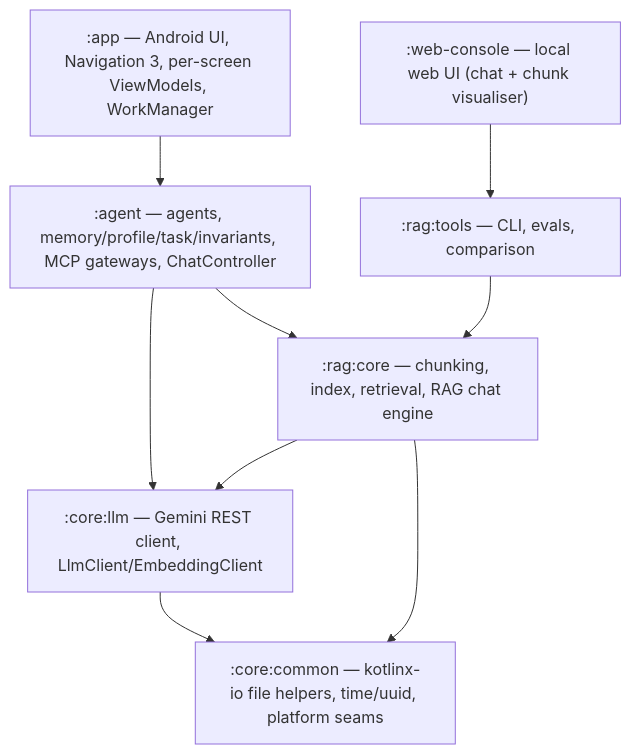
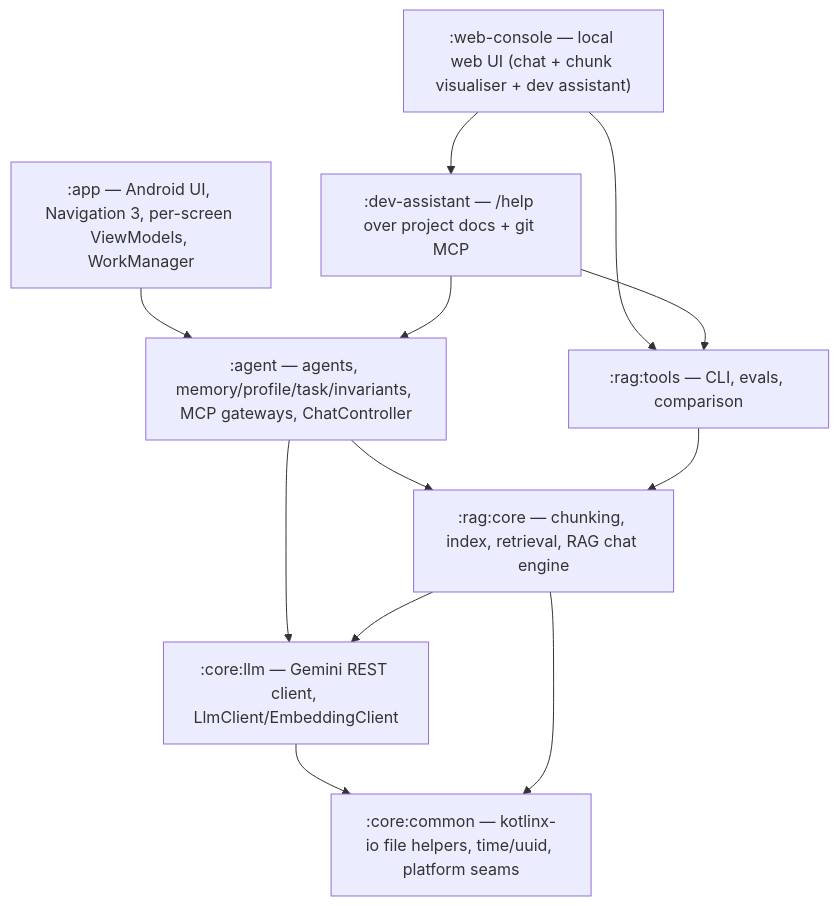
Before and after one commit to vlad-dexcom/AI-Challenge: the first of 2 diagrams in README.md, drawn with Mermaid. The commit also changed other lines of this file and 20 other files, not shown here.

Commit message:
Day 31: developer assistant (/help over project docs + git MCP) (#34)

````diff
--- a/README.md
+++ b/README.md
@@ -497,12 +505,15 @@
 ```mermaid
 graph TD
   app[":app — Android UI, Navigation 3, per-screen ViewModels, WorkManager"] --> agent
   agent[":agent — agents, memory/profile/task/invariants, MCP gateways, ChatController"] --> ragcore
   agent --> llm
   ragcore[":rag:core — chunking, index, retrieval, RAG chat engine"] --> llm
   llm[":core:llm — Gemini REST client, LlmClient/EmbeddingClient"] --> common
   ragcore --> common
   common[":core:common — kotlinx-io file helpers, time/uuid, platform seams"]
   ragtools[":rag:tools — CLI, evals, comparison"] --> ragcore
-  web[":web-console — local web UI (chat + chunk visualiser)"] --> ragtools
+  web[":web-console — local web UI (chat + chunk visualiser + dev assistant)"] --> ragtools
+  web --> devassistant
+  devassistant[":dev-assistant — /help over project docs + git MCP"] --> agent
+  devassistant --> ragtools
 ```
````
